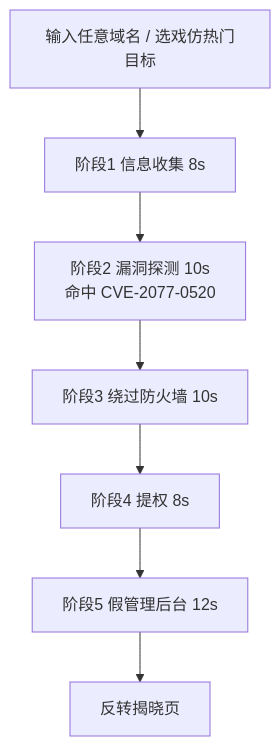
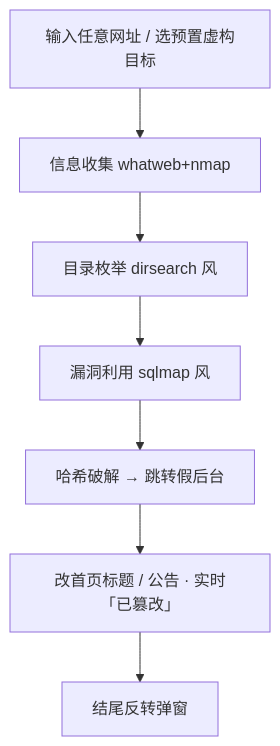
Before and after one commit to bushixiucai/hacker-tools-ultimate: the first of 5 diagrams in docs/PRD.md, drawn with Mermaid. The commit also changed other lines of this file and 1 other file, not shown here.

````diff
--- a/docs/PRD.md
+++ b/docs/PRD.md
@@ -276,9 +284,9 @@
 ```mermaid
 flowchart TD
-  A[输入任意域名 / 选戏仿热门目标] --> B[阶段1 信息收集 8s]
-  B --> C[阶段2 漏洞探测 10s<br/>命中 CVE-2077-0520]
-  C --> D[阶段3 绕过防火墙 10s]
-  D --> E[阶段4 提权 8s]
-  E --> F[阶段5 假管理后台 12s]
-  F --> G[反转揭晓页]
+  A[输入任意网址 / 选预置虚构目标] --> B[信息收集 whatweb+nmap]
+  B --> C[目录枚举 dirsearch 风]
+  C --> D[漏洞利用 sqlmap 风]
+  D --> E[哈希破解 → 跳转假后台]
+  E --> F[改首页标题 / 公告 · 实时「已篡改」]
+  F --> G[结尾反转弹窗]
 ```
````
